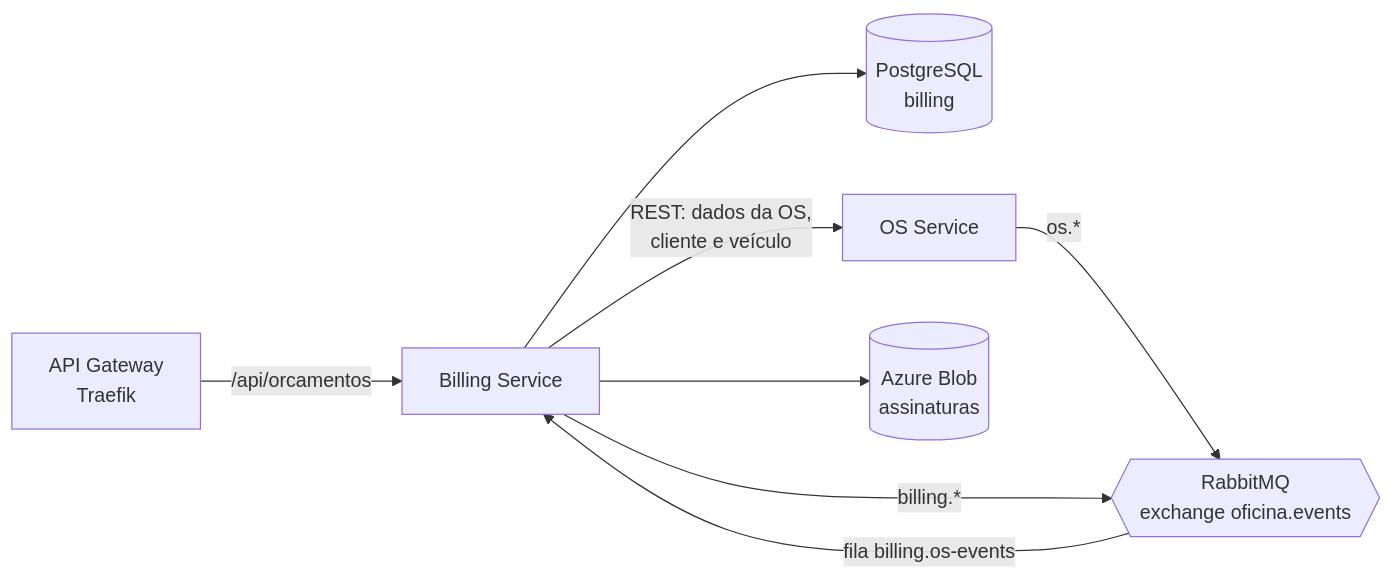
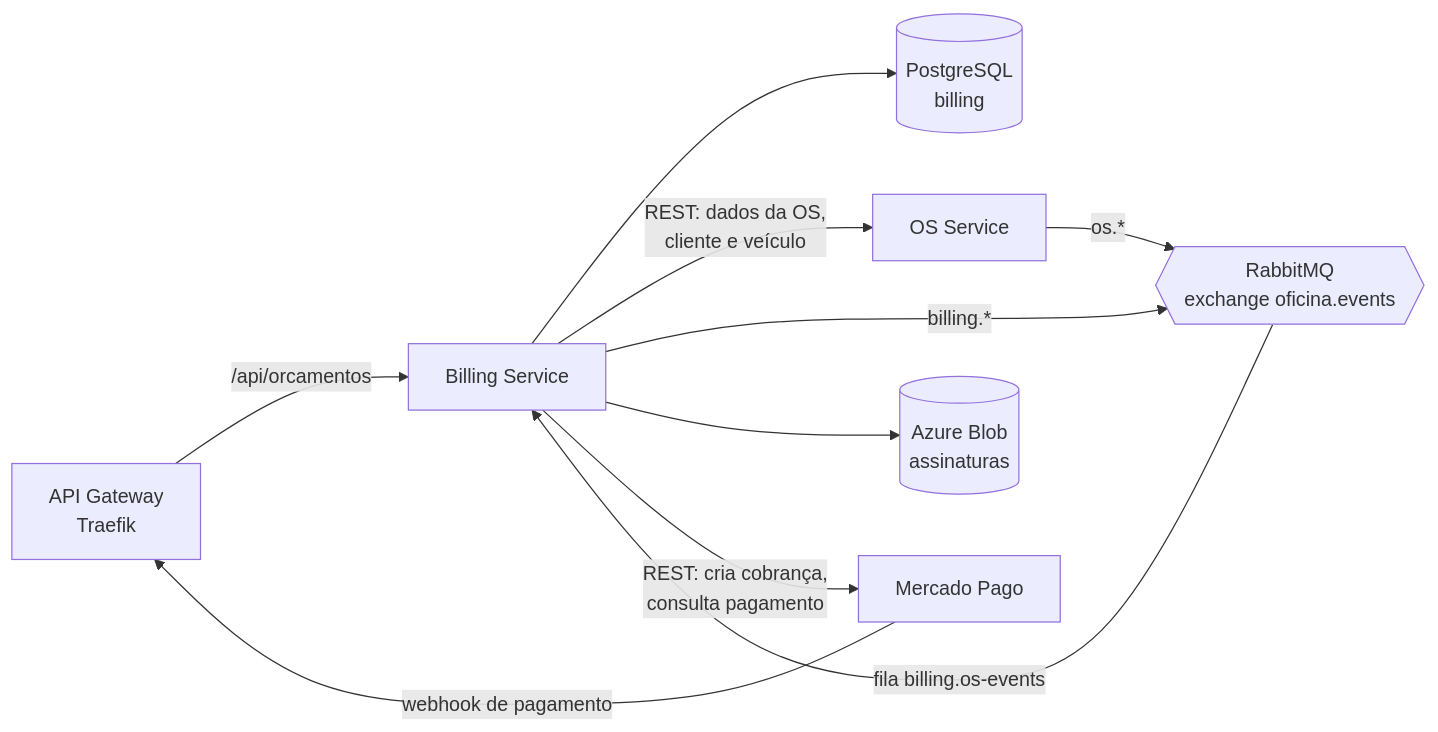
Before and after one commit to gilgledson/oficina-billing-service: the first of 2 diagrams in README.md, drawn with Mermaid. The commit also changed other lines of this file and 25 other files, not shown here.

First line of the commit message:
feat: integração com o Mercado Pago (Checkout Pro e webhook)

````diff
--- a/README.md
+++ b/README.md
@@ -28,10 +29,12 @@
 ```mermaid
 flowchart LR
     GW[API Gateway<br/>Traefik] -->|/api/orcamentos| B[Billing Service]
     B --> DB[(PostgreSQL<br/>billing)]
     B -->|REST: dados da OS,<br/>cliente e veículo| OS[OS Service]
     OS -->|os.*| MQ{{RabbitMQ<br/>exchange oficina.events}}
     MQ -->|fila billing.os-events| B
     B -->|billing.*| MQ
     B --> BLOB[(Azure Blob<br/>assinaturas)]
+    B -->|REST: cria cobrança,<br/>consulta pagamento| MP[Mercado Pago]
+    MP -->|webhook de pagamento| GW
 ```
````
